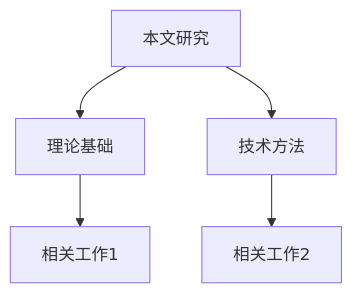
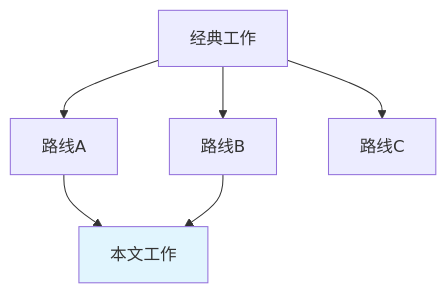
The diagram in .claude/skills/paper-writing/prompts/literature_review.md (photonics-dhl/Self-learning), drawn with Mermaid before and after one commit. The commit also changed other lines of this file and 10 other files, not shown here.

````diff
--- a/.claude/skills/paper-writing/prompts/literature_review.md
+++ b/.claude/skills/paper-writing/prompts/literature_review.md
@@ -63,7 +86,9 @@
 ```mermaid
 graph TD
-    A[本文研究] --> B[理论基础]
-    A --> C[技术方法]
-    B --> D[相关工作1]
-    C --> E[相关工作2]
+    A[经典工作] --> B[路线A]
+    A --> C[路线B]
+    A --> D[路线C]
+    B --> E[本文工作]
+    C --> E
+    style E fill:#e1f5fe
 ```
````
